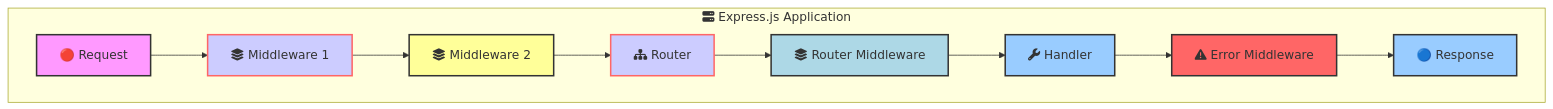
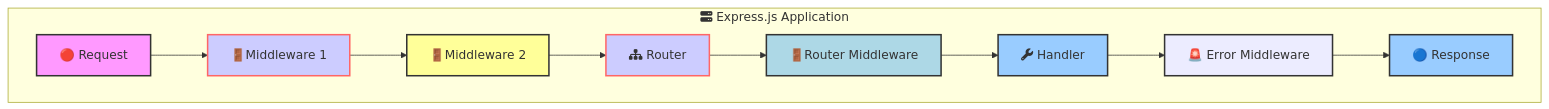
The first of 12 diagrams in _posts/2024-07-15-expressjs-summary.md (kelvin-bz/blog), drawn with Mermaid before and after one commit. The commit also changed other lines of this file, not shown here.

````diff
--- a/_posts/2024-07-15-expressjs-summary.md
+++ b/_posts/2024-07-15-expressjs-summary.md
@@ -22,35 +22,35 @@
 ```mermaid
 graph 
     subgraph expressApp["fa:fa-server Express.js Application"]
             request["🔴 Request"]
-            middleware1["fa:fa-layer-group Middleware 1"]
-            middleware2["fa:fa-layer-group Middleware 2"]
+            middleware1["🚪Middleware 1"]
+            middleware2["🚪Middleware 2"]
             router["fa:fa-sitemap Router"]
-            routerMiddleware["fa:fa-layer-group Router Middleware"]
+            routerMiddleware["🚪Router Middleware"]
             handler["fa:fa-wrench Handler"]
-            errorMiddleware["fa:fa-exclamation-triangle Error Middleware"]
+            errorMiddleware["🚨 Error Middleware"]
             response["🔵 Response"]
     end
 
     request --> middleware1 --> middleware2 --> router 
     router --> routerMiddleware --> handler 
     handler --> errorMiddleware --> response
 
     style request fill:#f9f,stroke:#333,stroke-width:2px
     style middleware1 fill:#ccf,stroke:#f66,stroke-width:2px
     style middleware2 fill:#ff9,stroke:#333,stroke-width:2px
     style router fill:#ccf,stroke:#f66,stroke-width:2px
     style routerMiddleware fill:#add8e6,stroke:#333,stroke-width:2px
     style handler fill:#9cf,stroke:#333,stroke-width:2px
-    style errorMiddleware fill:#f66,stroke:#333,stroke-width:2px
+    style errorMiddleware stroke:#333,stroke-width:2px
     style response fill:#9cf,stroke:#333,stroke-width:2px
 
     classDef requestClass fill:#f9f,stroke:#333,stroke-width:2px;
     classDef middlewareClass fill:#ccf,stroke:#f66,stroke-width:2px;
     classDef routerClass fill:#ccf,stroke:#f66,stroke-width:2px;
     classDef routerMiddlewareClass fill:#add8e6,stroke:#333,stroke-width:2px;
     classDef handlerClass fill:#9cf,stroke:#333,stroke-width:2px;
-    classDef errorClass fill:#f66,stroke:#333,stroke-width:2px;
+    classDef errorClass stroke:#333,stroke-width:2px;
     classDef responseClass fill:#9cf,stroke:#333,stroke-width:2px;
 
 ```
````
